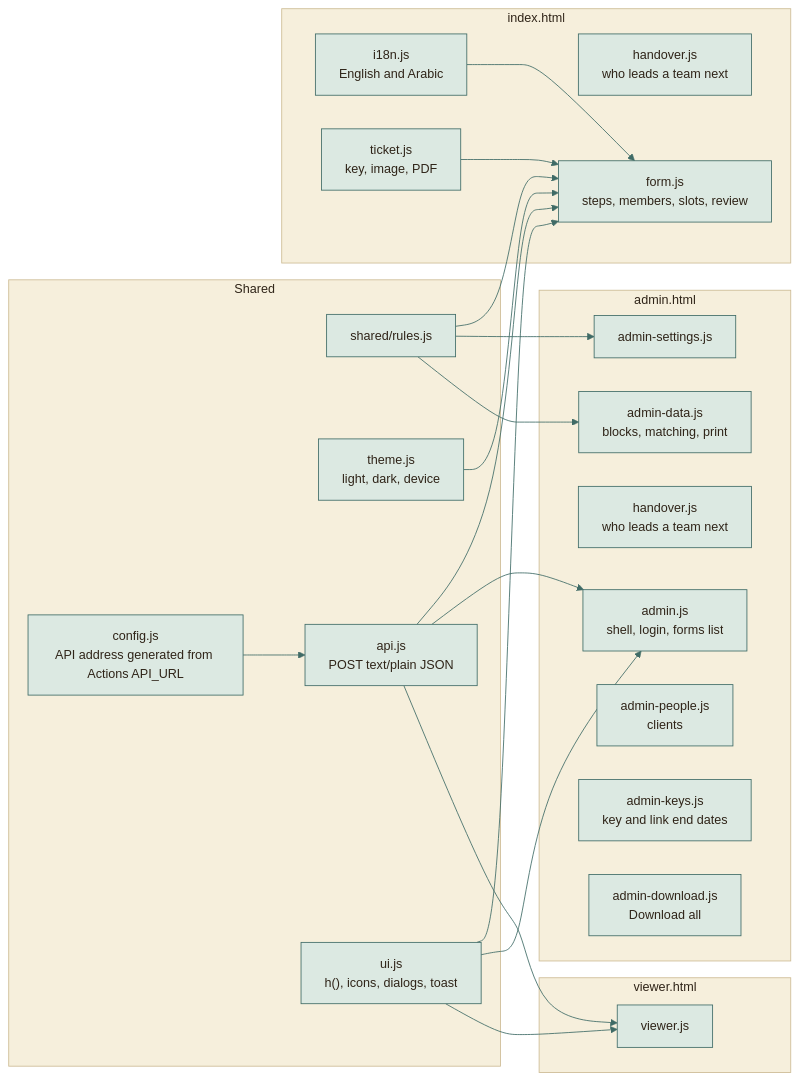
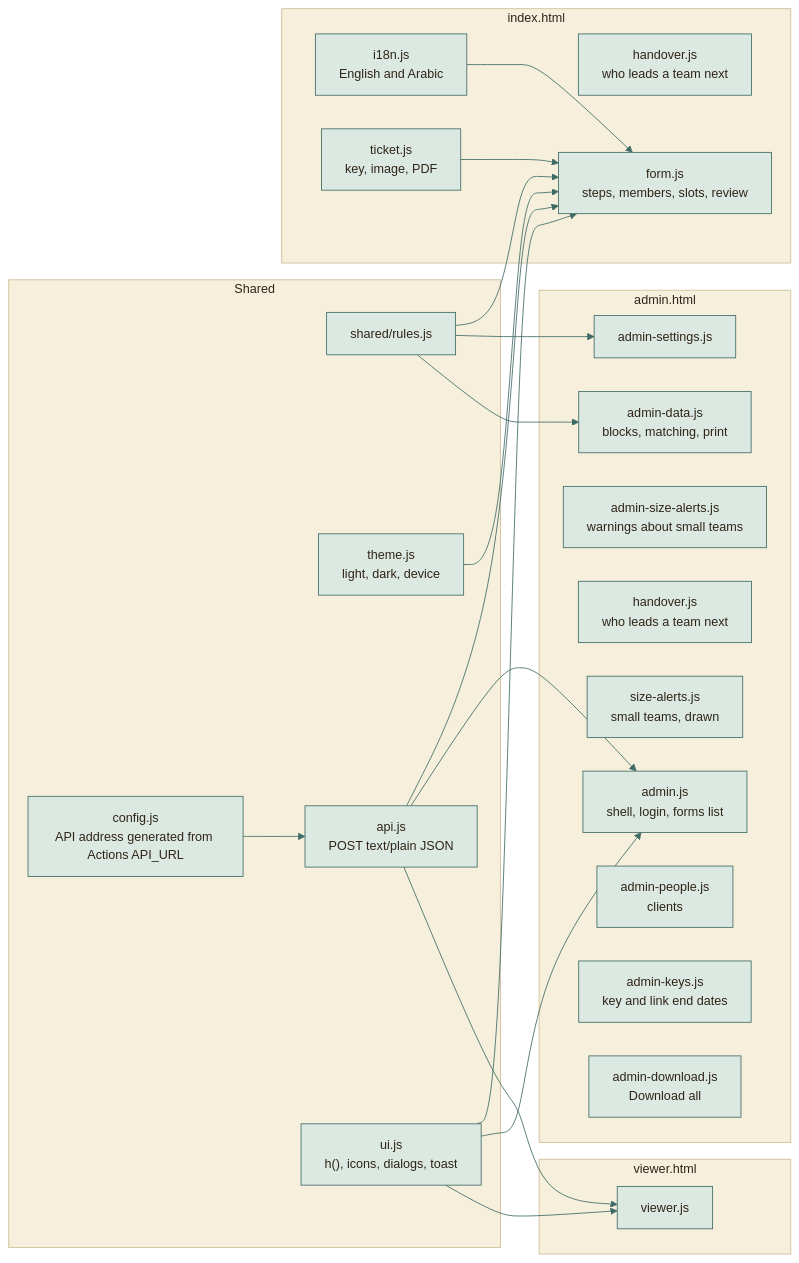
One commit to moyeh04/forms-platform changed the tenth of 12 diagrams in docs/architecture/ARCHITECTURE.md. Above: the diagram before and after it, drawn with Mermaid. The commit also changed other lines of this file and 2 other files, not shown here.

First line of the commit message:
docs: Describe the warnings about small teams

````diff
--- a/docs/architecture/ARCHITECTURE.md
+++ b/docs/architecture/ARCHITECTURE.md
@@ -655,69 +688,71 @@
 ```mermaid
 %%{init: {
   'theme': 'base',
   'themeVariables': {
     'fontFamily': 'ui-sans-serif, system-ui, -apple-system, Segoe UI, Roboto, sans-serif',
     'fontSize': '15px',
     'primaryColor': '#DCE9E2', 'primaryBorderColor': '#3F6B66', 'primaryTextColor': '#2F2418',
     'secondaryColor': '#F0E4C8', 'secondaryBorderColor': '#C9A24A', 'secondaryTextColor': '#2F2418',
     'tertiaryColor': '#F6EFDC', 'tertiaryBorderColor': '#CDBB94', 'tertiaryTextColor': '#2F2418',
     'lineColor': '#3F6B66', 'textColor': '#2F2418', 'mainBkg': '#DCE9E2', 'nodeBorder': '#3F6B66',
     'clusterBkg': '#F6EFDC', 'clusterBorder': '#CDBB94', 'titleColor': '#2F2418',
     'edgeLabelBackground': '#F8F1DD',
     'actorBkg': '#DCE9E2', 'actorBorder': '#3F6B66', 'actorTextColor': '#2F2418', 'actorLineColor': '#8FB3AB',
     'signalColor': '#477A73', 'signalTextColor': '#477A73',
     'labelBoxBkgColor': '#F0E4C8', 'labelBoxBorderColor': '#C9A24A', 'labelTextColor': '#2F2418', 'loopTextColor': '#6A5A44',
     'noteBkgColor': '#FBEFC9', 'noteBorderColor': '#C9A24A', 'noteTextColor': '#2F2418',
     'activationBkgColor': '#DCE9E2', 'activationBorderColor': '#3F6B66', 'sequenceNumberColor': '#F8F1DD',
     'transitionColor': '#3F6B66', 'stateLabelColor': '#2F2418', 'stateBkg': '#DCE9E2', 'altBackground': '#F6EFDC',
     'attributeBackgroundColorOdd': '#F8F1DD', 'attributeBackgroundColorEven': '#F0E4C8'
   },
   'flowchart': {'curve': 'basis', 'padding': 14, 'nodeSpacing': 40, 'rankSpacing': 46},
   'sequence': {'mirrorActors': false, 'messageMargin': 34, 'boxMargin': 8}
 }}%%
 flowchart LR
     subgraph shared["Shared"]
         cfg["config.js<br/>API address generated from Actions API_URL"]
         rl["shared/rules.js"]
         th["theme.js<br/>light, dark, device"]
         api["api.js<br/>POST text/plain JSON"]
         ui["ui.js<br/>h(), icons, dialogs, toast"]
     end
     subgraph student["index.html"]
         i18n["i18n.js<br/>English and Arabic"]
         tk["ticket.js<br/>key, image, PDF"]
         h1["handover.js<br/>who leads a team next"]
         fm["form.js<br/>steps, members, slots, review"]
     end
     subgraph adminp["admin.html"]
         a1["admin.js<br/>shell, login, forms list"]
         a2["admin-settings.js"]
+        a7["admin-size-alerts.js<br/>warnings about small teams"]
         h2["handover.js<br/>who leads a team next"]
+        s2["size-alerts.js<br/>small teams, drawn"]
         a3["admin-data.js<br/>blocks, matching, print"]
         a4["admin-people.js<br/>clients"]
         a5["admin-keys.js<br/>key and link end dates"]
         a6["admin-download.js<br/>Download all"]
     end
     subgraph viewerp["viewer.html"]
         v1["viewer.js"]
     end
     cfg --> api
     api --> fm
     api --> a1
     api --> v1
     rl --> fm
     rl --> a2
     rl --> a3
     ui --> fm
     ui --> a1
     ui --> v1
     th --> fm
     i18n --> fm
     tk --> fm
     classDef cDb fill:#F3E2B3,stroke:#B8892D,stroke-width:1.5px,color:#2F2418
     classDef cActor fill:#F4D9D3,stroke:#9A3328,stroke-width:1.5px,color:#2F2418
     classDef cDec fill:#FBEFC9,stroke:#C9A24A,stroke-width:1.5px,color:#2F2418
     classDef cEnd fill:#2F2418,stroke:#2F2418,color:#F8F1DD
     classDef cErr fill:#F6D5CF,stroke:#A12B1F,stroke-width:1.5px,color:#5A140C
     classDef cOk fill:#BFD9CF,stroke:#2E5A55,stroke-width:1.5px,color:#17302D
 ```
````
